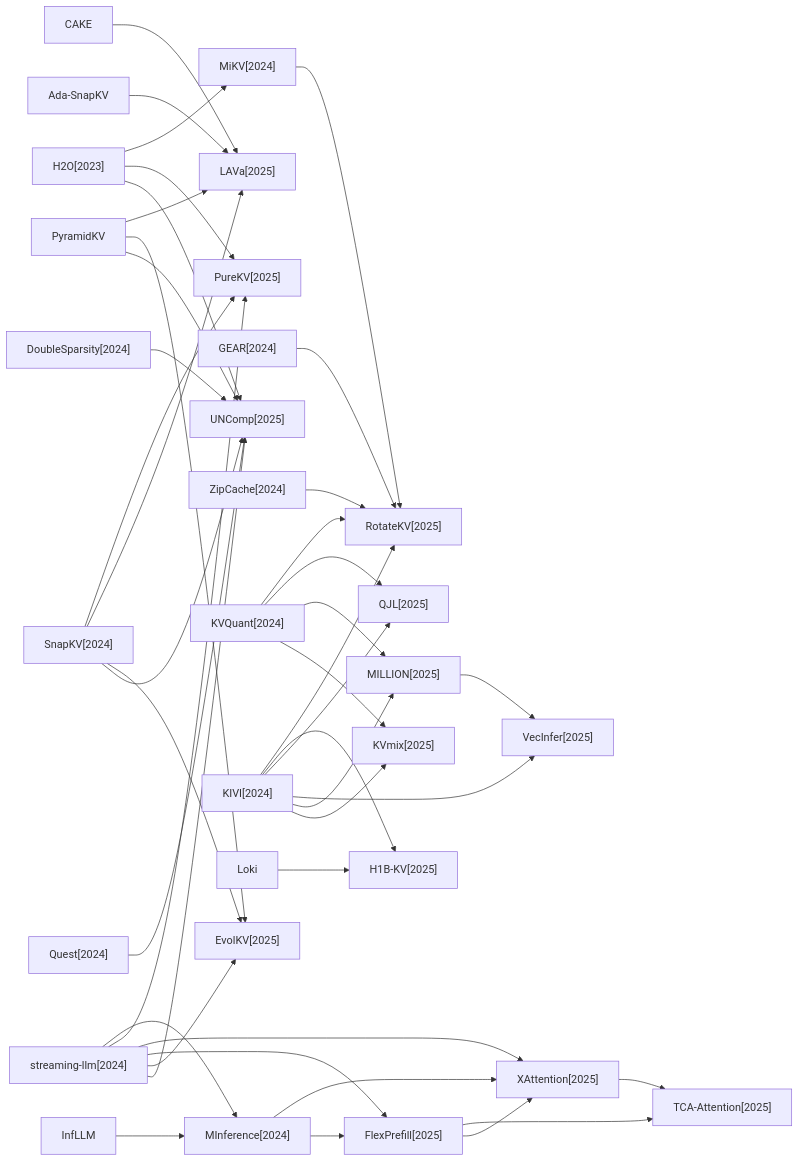
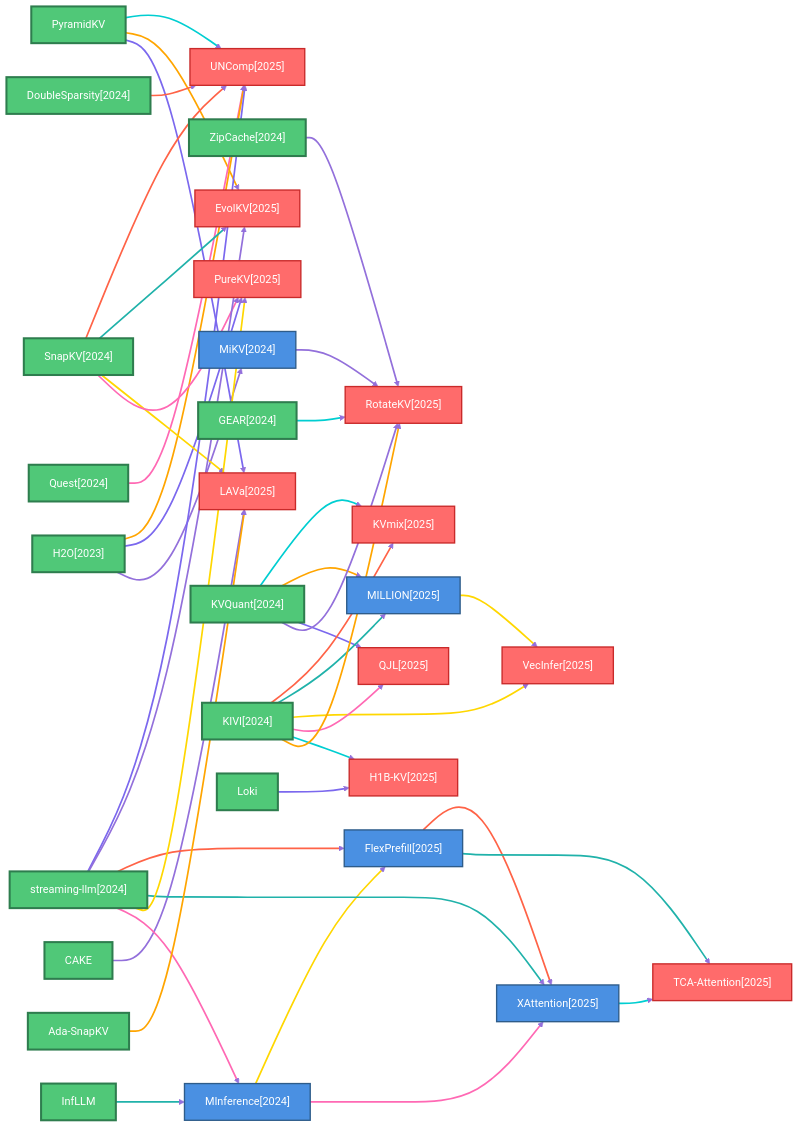
Before and after one commit to hustzxd/EfficientPaper: the fourth of 5 diagrams in docs/baseline_methods_graph.md, drawn with Mermaid. The commit also changed other lines of this file and 23 other files, not shown here.

````diff
--- a/docs/baseline_methods_graph.md
+++ b/docs/baseline_methods_graph.md
@@ -62,73 +127,149 @@
 ```mermaid
 flowchart LR
+    classDef defaultNode fill:#4A90E2,stroke:#2E5C8A,stroke-width:2px,color:#fff
+    classDef rootNode fill:#50C878,stroke:#2E7D4E,stroke-width:3px,color:#fff
+    classDef leafNode fill:#FF6B6B,stroke:#C92A2A,stroke-width:2px,color:#fff
+    linkStyle default stroke:#9370DB,stroke-width:2px
+
+    2025_EvolKV["EvolKV[2025]"]
+    class 2025_EvolKV leafNode
+    2024_ZipCache["ZipCache[2024]"]
+    class 2024_ZipCache rootNode
+    2025_FlexPrefill["FlexPrefill[2025]"]
+    class 2025_FlexPrefill defaultNode
+    2024_MInference["MInference[2024]"]
+    class 2024_MInference defaultNode
+    PyramidKV["PyramidKV"]
+    class PyramidKV rootNode
+    2025_PureKV["PureKV[2025]"]
+    class 2025_PureKV leafNode
+    CAKE["CAKE"]
+    class CAKE rootNode
+    2025_QJL["QJL[2025]"]
+    class 2025_QJL leafNode
+    2024_DoubleSparsity["DoubleSparsity[2024]"]
+    class 2024_DoubleSparsity rootNode
+    InfLLM["InfLLM"]
+    class InfLLM rootNode
+    2025_VecInfer["VecInfer[2025]"]
+    class 2025_VecInfer leafNode
+    2025_MILLION["MILLION[2025]"]
+    class 2025_MILLION defaultNode
+    2025_H1B_KV["H1B-KV[2025]"]
+    class 2025_H1B_KV leafNode
+    2025_UNComp["UNComp[2025]"]
+    class 2025_UNComp leafNode
+    2025_TCA_Attention["TCA-Attention[2025]"]
+    class 2025_TCA_Attention leafNode
     2025_RotateKV["RotateKV[2025]"]
+    class 2025_RotateKV leafNode
+    2024_Quest["Quest[2024]"]
+    class 2024_Quest rootNode
+    2025_KVmix["KVmix[2025]"]
+    class 2025_KVmix leafNode
+    2024_GEAR["GEAR[2024]"]
+    class 2024_GEAR rootNode
+    2023_H2O["H2O[2023]"]
+    class 2023_H2O rootNode
     2024_SnapKV["SnapKV[2024]"]
-    2024_MInference["MInference[2024]"]
-    2025_VecInfer["VecInfer[2025]"]
+    class 2024_SnapKV rootNode
     2025_LAVa["LAVa[2025]"]
-    2025_PureKV["PureKV[2025]"]
+    class 2025_LAVa leafNode
+    2024_KVQuant["KVQuant[2024]"]
+    class 2024_KVQuant rootNode
+    2024_KIVI["KIVI[2024]"]
+    class 2024_KIVI rootNode
     2024_streaming_llm["streaming-llm[2024]"]
-    2024_GEAR["GEAR[2024]"]
-    2025_KVmix["KVmix[2025]"]
-    2025_H1B_KV["H1B-KV[2025]"]
-    2025_FlexPrefill["FlexPrefill[2025]"]
-    InfLLM["InfLLM"]
+    class 2024_streaming_llm rootNode
+    2025_XAttention["XAttention[2025]"]
+    class 2025_XAttention defaultNode
     Ada_SnapKV["Ada-SnapKV"]
-    2025_XAttention["XAttention[2025]"]
+    class Ada_SnapKV rootNode
+    Loki["Loki"]
+    class Loki rootNode
     2024_MiKV["MiKV[2024]"]
-    2025_QJL["QJL[2025]"]
-    2024_Quest["Quest[2024]"]
-    2024_ZipCache["ZipCache[2024]"]
-    CAKE["CAKE"]
-    2023_H2O["H2O[2023]"]
-    2024_KVQuant["KVQuant[2024]"]
-    2025_TCA_Attention["TCA-Attention[2025]"]
-    2024_KIVI["KIVI[2024]"]
-    2025_MILLION["MILLION[2025]"]
-    Loki["Loki"]
-    2025_UNComp["UNComp[2025]"]
-    2025_EvolKV["EvolKV[2025]"]
-    2024_DoubleSparsity["DoubleSparsity[2024]"]
-    PyramidKV["PyramidKV"]
-    2024_SnapKV --> 2025_UNComp
-    2024_SnapKV --> 2025_EvolKV
-    2024_SnapKV --> 2025_LAVa
-    2024_SnapKV --> 2025_PureKV
-    2024_MInference --> 2025_FlexPrefill
-    2024_MInference --> 2025_XAttention
-    2024_streaming_llm --> 2025_UNComp
-    2024_streaming_llm --> 2025_EvolKV
-    2024_streaming_llm --> 2025_FlexPrefill
-    2024_streaming_llm --> 2025_XAttention
-    2024_streaming_llm --> 2025_PureKV
-    2024_streaming_llm --> 2024_MInference
-    2024_GEAR --> 2025_RotateKV
-    2025_FlexPrefill --> 2025_XAttention
-    2025_FlexPrefill --> 2025_TCA_Attention
-    InfLLM --> 2024_MInference
-    Ada_SnapKV --> 2025_LAVa
-    2025_XAttention --> 2025_TCA_Attention
-    2024_MiKV --> 2025_RotateKV
-    2024_Quest --> 2025_UNComp
-    2024_ZipCache --> 2025_RotateKV
-    CAKE --> 2025_LAVa
-    2023_H2O --> 2025_UNComp
-    2023_H2O --> 2025_PureKV
-    2023_H2O --> 2024_MiKV
-    2024_KVQuant --> 2025_KVmix
-    2024_KVQuant --> 2025_MILLION
-    2024_KVQuant --> 2025_QJL
-    2024_KVQuant --> 2025_RotateKV
-    2024_KIVI --> 2025_KVmix
-    2024_KIVI --> 2025_MILLION
-    2024_KIVI --> 2025_VecInfer
-    2024_KIVI --> 2025_QJL
-    2024_KIVI --> 2025_H1B_KV
-    2024_KIVI --> 2025_RotateKV
-    2025_MILLION --> 2025_VecInfer
-    Loki --> 2025_H1B_KV
-    2024_DoubleSparsity --> 2025_UNComp
-    PyramidKV --> 2025_UNComp
-    PyramidKV --> 2025_EvolKV
-    PyramidKV --> 2025_LAVa
+    class 2024_MiKV defaultNode
+
+    2024_ZipCache ==>|" "| 2025_RotateKV
+    linkStyle 0 stroke:#9370DB,stroke-width:2.5px
+    2025_FlexPrefill ==>|" "| 2025_XAttention
+    linkStyle 1 stroke:#FF6347,stroke-width:2.5px
+    2025_FlexPrefill ==>|" "| 2025_TCA_Attention
+    linkStyle 2 stroke:#20B2AA,stroke-width:2.5px
+    2024_MInference ==>|" "| 2025_FlexPrefill
+    linkStyle 3 stroke:#FFD700,stroke-width:2.5px
+    2024_MInference ==>|" "| 2025_XAttention
+    linkStyle 4 stroke:#FF69B4,stroke-width:2.5px
+    PyramidKV ==>|" "| 2025_UNComp
+    linkStyle 5 stroke:#00CED1,stroke-width:2.5px
+    PyramidKV ==>|" "| 2025_EvolKV
+    linkStyle 6 stroke:#FFA500,stroke-width:2.5px
+    PyramidKV ==>|" "| 2025_LAVa
+    linkStyle 7 stroke:#7B68EE,stroke-width:2.5px
+    CAKE ==>|" "| 2025_LAVa
+    linkStyle 8 stroke:#9370DB,stroke-width:2.5px
+    2024_DoubleSparsity ==>|" "| 2025_UNComp
+    linkStyle 9 stroke:#FF6347,stroke-width:2.5px
+    InfLLM ==>|" "| 2024_MInference
+    linkStyle 10 stroke:#20B2AA,stroke-width:2.5px
+    2025_MILLION ==>|" "| 2025_VecInfer
+    linkStyle 11 stroke:#FFD700,stroke-width:2.5px
+    2024_Quest ==>|" "| 2025_UNComp
+    linkStyle 12 stroke:#FF69B4,stroke-width:2.5px
+    2024_GEAR ==>|" "| 2025_RotateKV
+    linkStyle 13 stroke:#00CED1,stroke-width:2.5px
+    2023_H2O ==>|" "| 2025_UNComp
+    linkStyle 14 stroke:#FFA500,stroke-width:2.5px
+    2023_H2O ==>|" "| 2025_PureKV
+    linkStyle 15 stroke:#7B68EE,stroke-width:2.5px
+    2023_H2O ==>|" "| 2024_MiKV
+    linkStyle 16 stroke:#9370DB,stroke-width:2.5px
+    2024_SnapKV ==>|" "| 2025_UNComp
+    linkStyle 17 stroke:#FF6347,stroke-width:2.5px
+    2024_SnapKV ==>|" "| 2025_EvolKV
+    linkStyle 18 stroke:#20B2AA,stroke-width:2.5px
+    2024_SnapKV ==>|" "| 2025_LAVa
+    linkStyle 19 stroke:#FFD700,stroke-width:2.5px
+    2024_SnapKV ==>|" "| 2025_PureKV
+    linkStyle 20 stroke:#FF69B4,stroke-width:2.5px
+    2024_KVQuant ==>|" "| 2025_KVmix
+    linkStyle 21 stroke:#00CED1,stroke-width:2.5px
+    2024_KVQuant ==>|" "| 2025_MILLION
+    linkStyle 22 stroke:#FFA500,stroke-width:2.5px
+    2024_KVQuant ==>|" "| 2025_QJL
+    linkStyle 23 stroke:#7B68EE,stroke-width:2.5px
+    2024_KVQuant ==>|" "| 2025_RotateKV
+    linkStyle 24 stroke:#9370DB,stroke-width:2.5px
+    2024_KIVI ==>|" "| 2025_KVmix
+    linkStyle 25 stroke:#FF6347,stroke-width:2.5px
+    2024_KIVI ==>|" "| 2025_MILLION
+    linkStyle 26 stroke:#20B2AA,stroke-width:2.5px
+    2024_KIVI ==>|" "| 2025_VecInfer
+    linkStyle 27 stroke:#FFD700,stroke-width:2.5px
+    2024_KIVI ==>|" "| 2025_QJL
+    linkStyle 28 stroke:#FF69B4,stroke-width:2.5px
+    2024_KIVI ==>|" "| 2025_H1B_KV
+    linkStyle 29 stroke:#00CED1,stroke-width:2.5px
+    2024_KIVI ==>|" "| 2025_RotateKV
+    linkStyle 30 stroke:#FFA500,stroke-width:2.5px
+    2024_streaming_llm ==>|" "| 2025_UNComp
+    linkStyle 31 stroke:#7B68EE,stroke-width:2.5px
+    2024_streaming_llm ==>|" "| 2025_EvolKV
+    linkStyle 32 stroke:#9370DB,stroke-width:2.5px
+    2024_streaming_llm ==>|" "| 2025_FlexPrefill
+    linkStyle 33 stroke:#FF6347,stroke-width:2.5px
+    2024_streaming_llm ==>|" "| 2025_XAttention
+    linkStyle 34 stroke:#20B2AA,stroke-width:2.5px
+    2024_streaming_llm ==>|" "| 2025_PureKV
+    linkStyle 35 stroke:#FFD700,stroke-width:2.5px
+    2024_streaming_llm ==>|" "| 2024_MInference
+    linkStyle 36 stroke:#FF69B4,stroke-width:2.5px
+    2025_XAttention ==>|" "| 2025_TCA_Attention
+    linkStyle 37 stroke:#00CED1,stroke-width:2.5px
+    Ada_SnapKV ==>|" "| 2025_LAVa
+    linkStyle 38 stroke:#FFA500,stroke-width:2.5px
+    Loki ==>|" "| 2025_H1B_KV
+    linkStyle 39 stroke:#7B68EE,stroke-width:2.5px
+    2024_MiKV ==>|" "| 2025_RotateKV
+    linkStyle 40 stroke:#9370DB,stroke-width:2.5px
 ```
````
